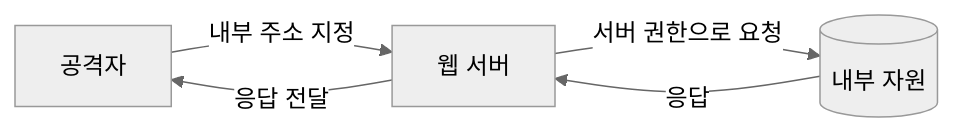
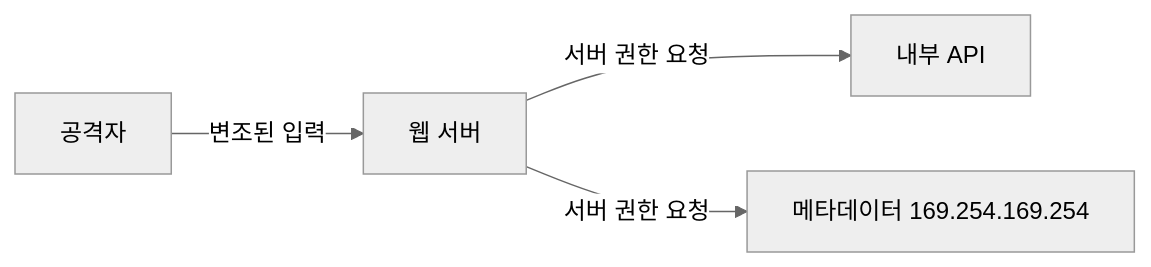
One commit to logiciris/logiciris.github.io changed the diagram in _notes/ssrf.md. Above: the diagram before and after it, drawn with Mermaid (neutral theme). The commit also changed other lines of this file, not shown here.

````diff
--- a/_notes/ssrf.md
+++ b/_notes/ssrf.md
@@ -16,7 +18,6 @@
 ```mermaid
 flowchart LR
-    A["공격자"] -->|"내부 주소 지정"| W["웹 서버"]
-    W -->|"서버 권한으로 요청"| I[("내부 자원")]
-    I -->|"응답"| W
-    W -->|"응답 전달"| A
+  A["공격자"] -->|변조된 입력| B["웹 서버"]
+  B -->|서버 권한 요청| C["내부 API"]
+  B -->|서버 권한 요청| D["메타데이터 169.254.169.254"]
 ```
````
